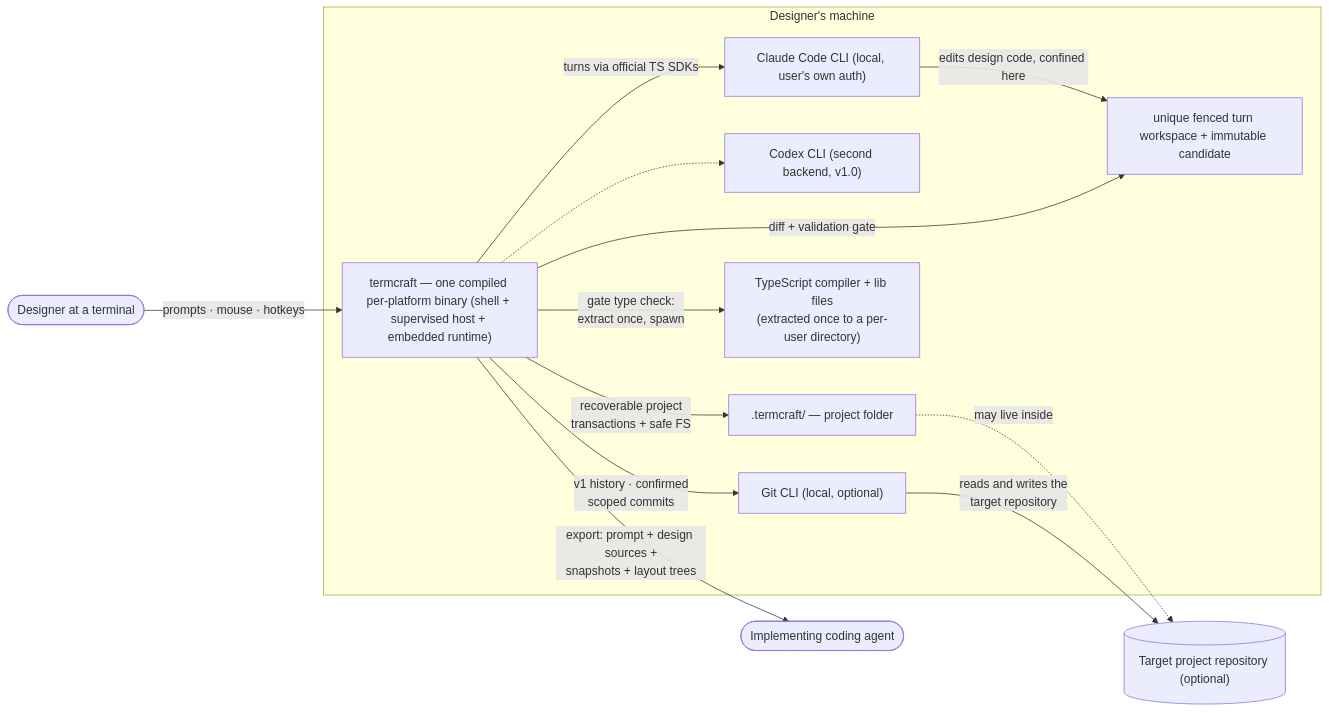
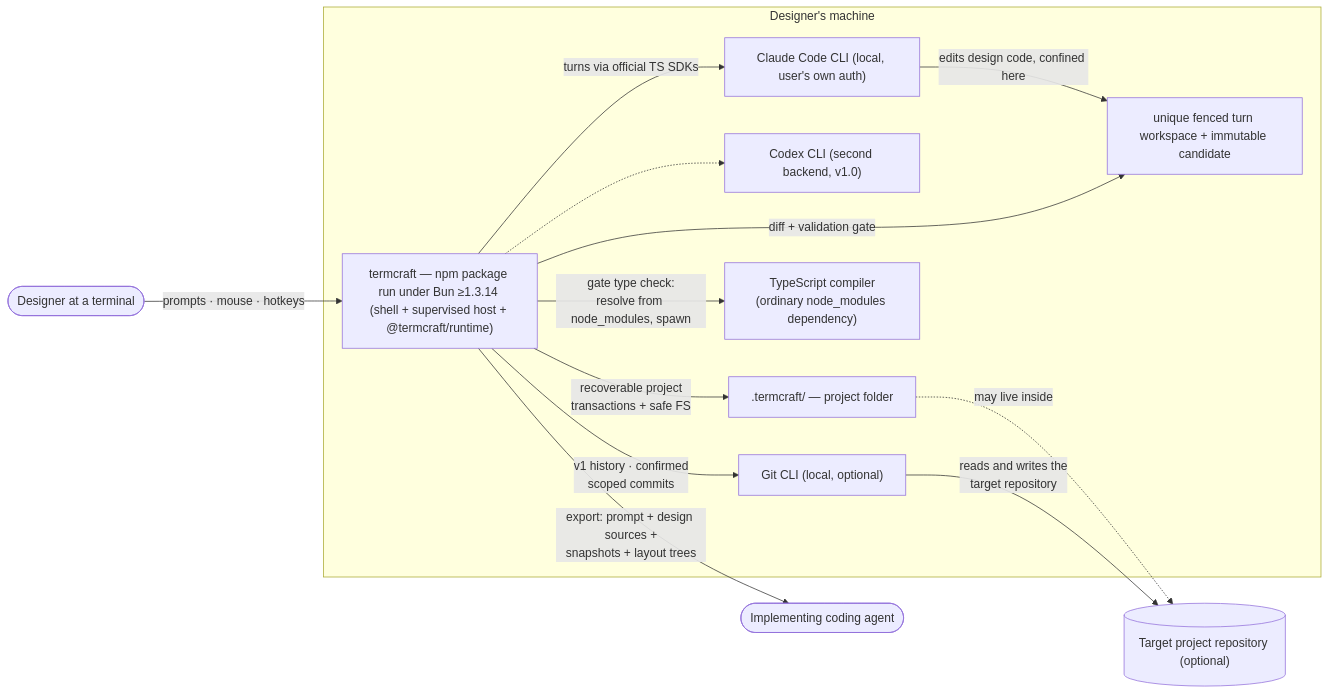
The diagram in docs/architecture/overview.md (khmilevoi/termcraft), drawn with Mermaid before and after one commit. The commit also changed other lines of this file and 11 other files, not shown here.

````diff
--- a/docs/architecture/overview.md
+++ b/docs/architecture/overview.md
@@ -3,27 +3,27 @@
 ```mermaid
 flowchart LR
     designer(["Designer at a terminal"])
     coder(["Implementing coding agent"])
     subgraph machine["Designer's machine"]
-        termcraft["termcraft — one compiled per-platform binary (shell + supervised host + embedded runtime)"]
+        termcraft["termcraft — npm package run under Bun ≥1.3.14 (shell + supervised host + @termcraft/runtime)"]
         claudecli["Claude Code CLI (local, user's own auth)"]
         codexcli["Codex CLI (second backend, v1.0)"]
         gitcli["Git CLI (local, optional)"]
-        tsc["TypeScript compiler + lib files<br/>(extracted once to a per-user directory)"]
+        tsc["TypeScript compiler<br/>(ordinary node_modules dependency)"]
         staging["unique fenced turn workspace + immutable candidate"]
         folder[".termcraft/ — project folder"]
     end
     repo[("Target project repository (optional)")]
 
     designer -- "prompts · mouse · hotkeys" --> termcraft
     termcraft -- "turns via official TS SDKs" --> claudecli
     termcraft -.-> codexcli
     claudecli -- "edits design code, confined here" --> staging
     termcraft -- "diff + validation gate" --> staging
-    termcraft -- "gate type check:<br/>extract once, spawn" --> tsc
+    termcraft -- "gate type check:<br/>resolve from node_modules, spawn" --> tsc
     termcraft -- "recoverable project<br/>transactions + safe FS" --> folder
     folder -. "may live inside" .-> repo
     termcraft -- "v1 history · confirmed<br/>scoped commits" --> gitcli
     gitcli -- "reads and writes the<br/>target repository" --> repo
     termcraft -- "export: prompt + design sources +<br/>snapshots + layout trees" --> coder
 ```
````
